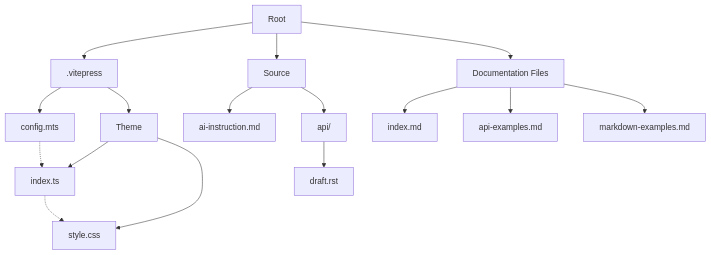
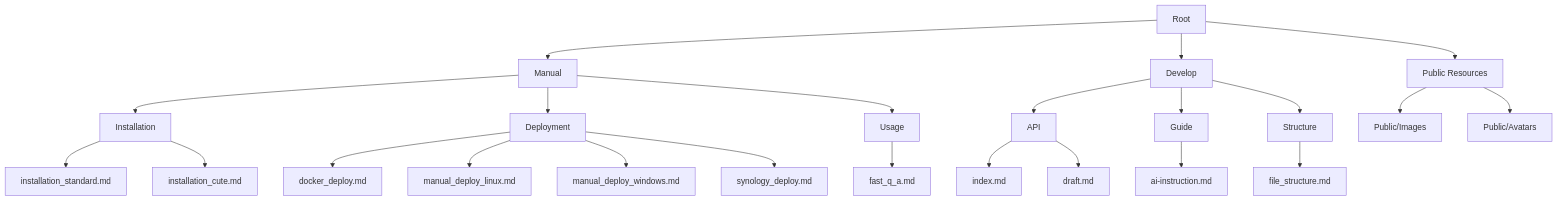
The diagram in CLAUDE.md (xiaoxiao-cvs/New-Docs), drawn with Mermaid before and after one commit. The commit also changed other lines of this file and 41 other files, not shown here.

Commit message:
删除旧文档和图像文件，添加新的安装和使用指南

````diff
--- a/CLAUDE.md
+++ b/CLAUDE.md
@@ -4,20 +4,27 @@
 ```mermaid
 graph TD
-    A[Root] --> B[.vitepress]
-    A --> C[Source]
-    A --> D[Documentation Files]
-    B --> E[config.mts]
-    B --> F[Theme]
-    F --> G[index.ts]
-    F --> H[style.css]
-    C --> I[ai-instruction.md]
-    C --> J[api/]
-    J --> K[draft.rst]
-    D --> L[index.md]
-    D --> M[api-examples.md]
-    D --> N[markdown-examples.md]
+    A[Root] --> B[Manual]
+    A --> C[Develop]
+    A --> D[Public Resources]
+    B --> E[Installation]
+    B --> F[Deployment]
+    B --> G[Usage]
+    C --> H[API]
+    C --> I[Guide]
+    C --> J[Structure]
+    D --> K[Public/Images]
+    D --> L[Public/Avatars]
 
-    %% Key dependencies
-    E -.-> G
-    G -.-> H
+    %% Key components
+    E --> E1[installation_standard.md]
+    E --> E2[installation_cute.md]
+    F --> F1[docker_deploy.md]
+    F --> F2[manual_deploy_linux.md]
+    F --> F3[manual_deploy_windows.md]
+    F --> F4[synology_deploy.md]
+    G --> G1[fast_q_a.md]
+    H --> H1[index.md]
+    H --> H2[draft.md]
+    I --> I1[ai-instruction.md]
+    J --> J1[file_structure.md]
 ```
````
